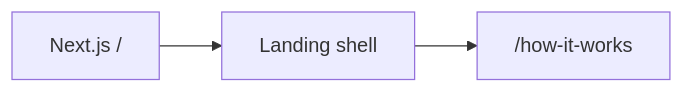
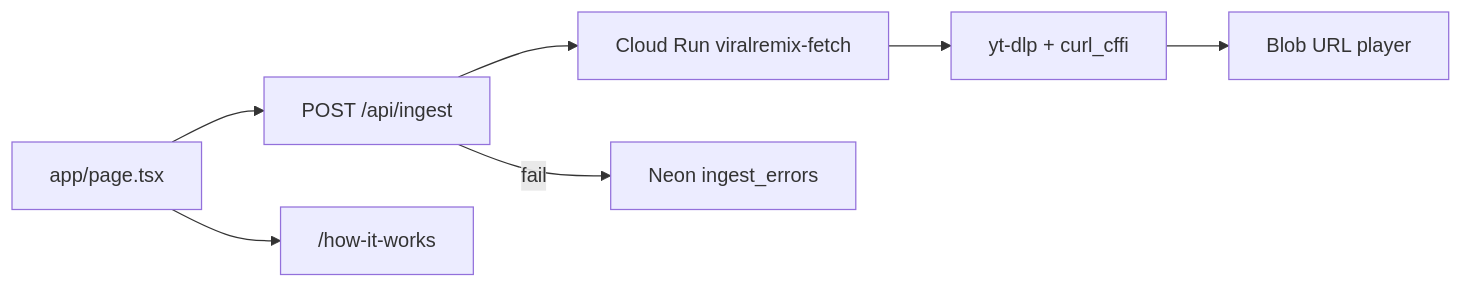
The diagram in docs/LIVE.md (sid-kiwilab/viralremix), drawn with Mermaid before and after one commit. The commit also changed other lines of this file and 22 other files, not shown here.

Commit message:
Enhance Viral Remix functionality with Cloud Run integration for video fetching; added environment variable support, improved error handling, and updated README for clarity. Introduced new styles for ingest messages and updated project structure to include a fallback for local Python processing.

````diff
--- a/docs/LIVE.md
+++ b/docs/LIVE.md
@@ -35,5 +39,9 @@
 ```mermaid
 flowchart LR
-  Home["Next.js /"] --> Landing[Landing shell]
-  Landing --> How["/how-it-works"]
+  Home["app/page.tsx"] --> Ingest["POST /api/ingest"]
+  Ingest --> CloudRun["Cloud Run viralremix-fetch"]
+  CloudRun --> YtDlp["yt-dlp + curl_cffi"]
+  YtDlp --> Browser["Blob URL player"]
+  Ingest -->|fail| Neon["Neon ingest_errors"]
+  Home --> How["/how-it-works"]
 ```
````
